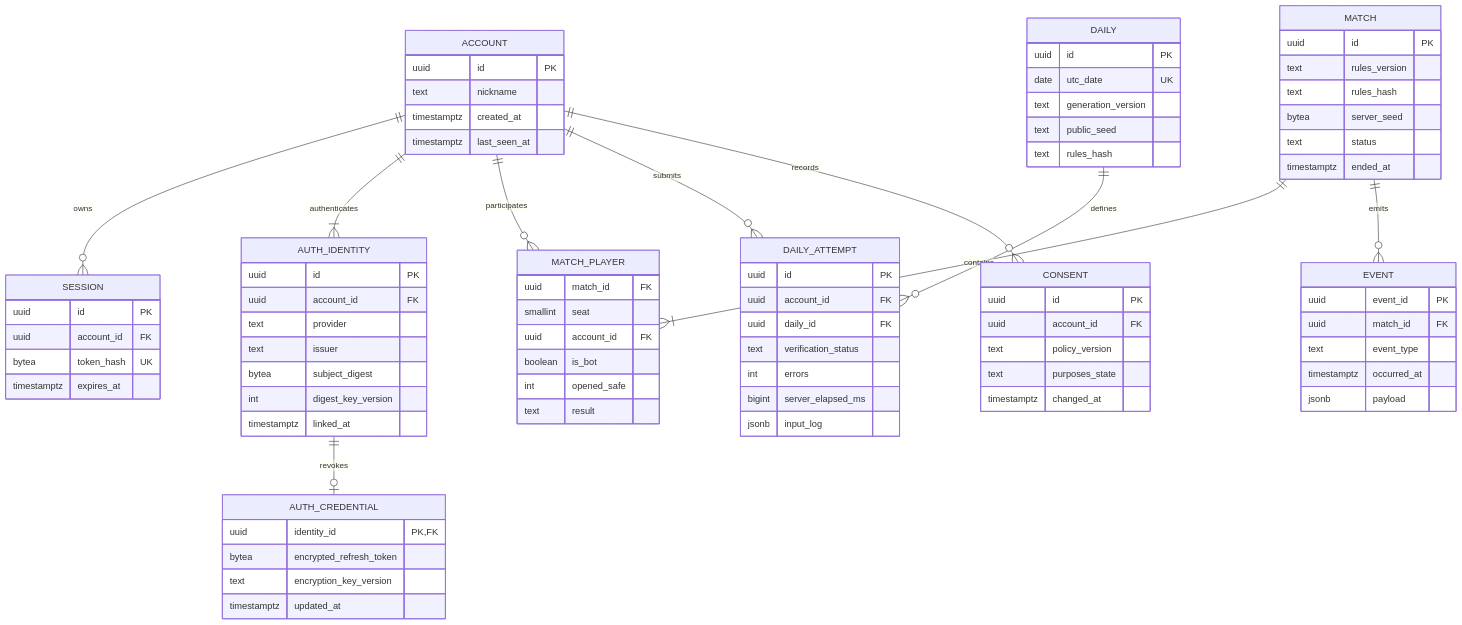
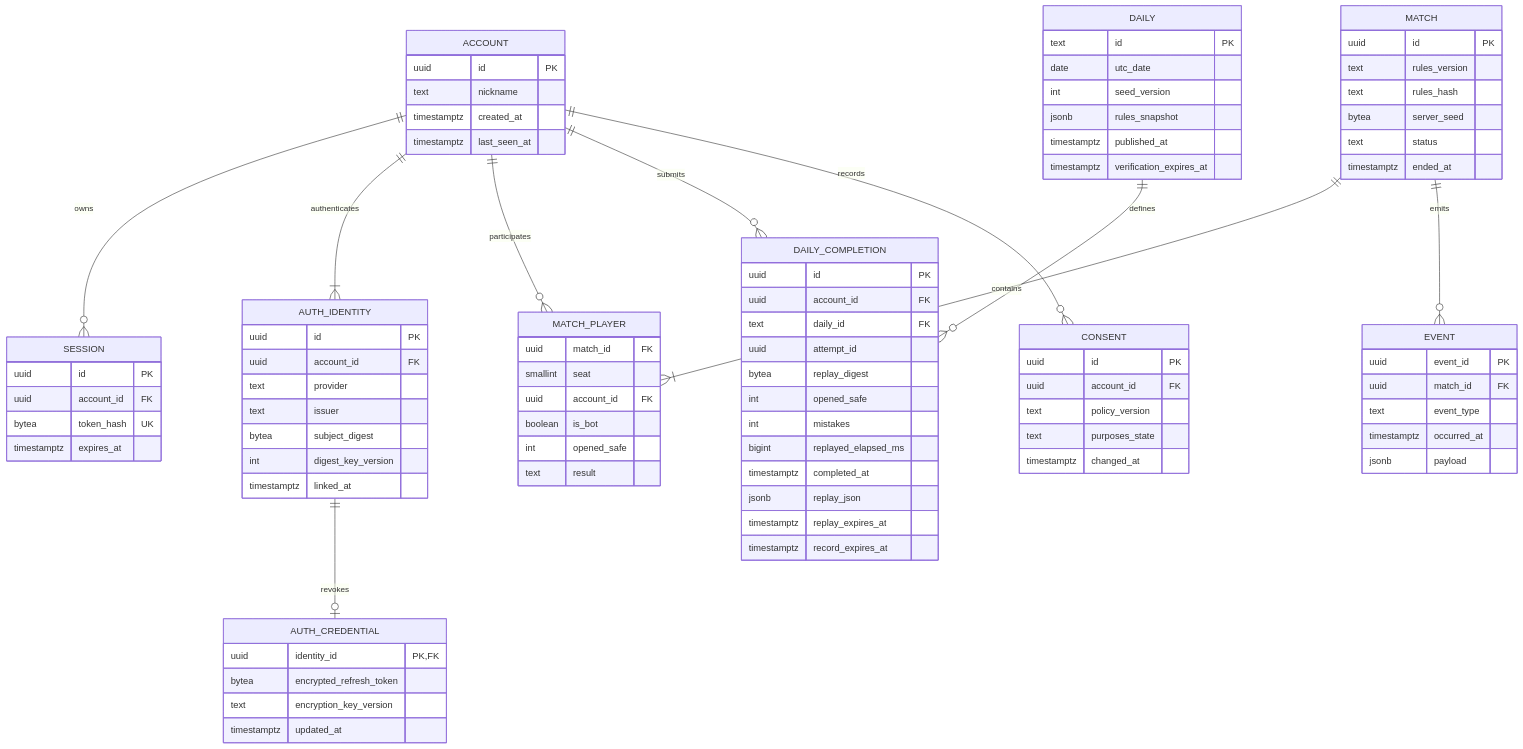
The diagram in docs/design/07-database.md (crystal23733/search-mine), drawn with Mermaid before and after one commit. The commit also changed other lines of this file and 24 other files, not shown here.

```diff
--- a/docs/design/07-database.md
+++ b/docs/design/07-database.md
@@ -15,8 +15,8 @@
   AUTH_IDENTITY ||--o| AUTH_CREDENTIAL : revokes
   ACCOUNT ||--o{ MATCH_PLAYER : participates
   MATCH ||--|{ MATCH_PLAYER : contains
-  DAILY ||--o{ DAILY_ATTEMPT : defines
-  ACCOUNT ||--o{ DAILY_ATTEMPT : submits
+  DAILY ||--o{ DAILY_COMPLETION : defines
+  ACCOUNT ||--o{ DAILY_COMPLETION : submits
   ACCOUNT ||--o{ CONSENT : records
   MATCH ||--o{ EVENT : emits
   ACCOUNT {
@@ -63,20 +63,26 @@
     text result
   }
   DAILY {
-    uuid id PK
-    date utc_date UK
-    text generation_version
-    text public_seed
-    text rules_hash
+    text id PK
+    date utc_date
+    int seed_version
+    jsonb rules_snapshot
+    timestamptz published_at
+    timestamptz verification_expires_at
   }
-  DAILY_ATTEMPT {
+  DAILY_COMPLETION {
     uuid id PK
     uuid account_id FK
-    uuid daily_id FK
-    text verification_status
-    int errors
-    bigint server_elapsed_ms
-    jsonb input_log
+    text daily_id FK
+    uuid attempt_id
+    bytea replay_digest
+    int opened_safe
+    int mistakes
+    bigint replayed_elapsed_ms
+    timestamptz completed_at
+    jsonb replay_json
+    timestamptz replay_expires_at
+    timestamptz record_expires_at
   }
   CONSENT {
     uuid id PK
```
